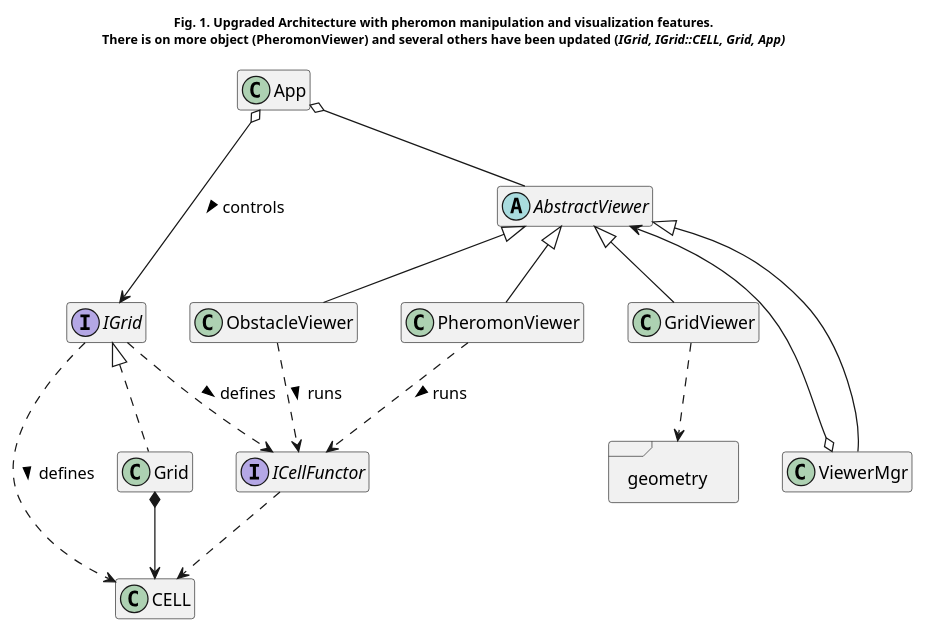
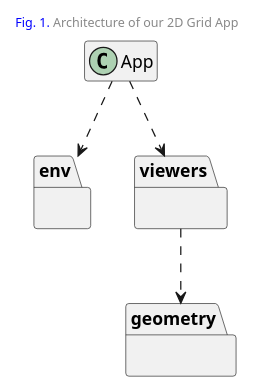
Before and after one commit to kanmeugne/kanmeugne.github.io: the first of 3 diagrams in _posts/modsim/2020-10-12-pheromons-evaporation.md, drawn with PlantUML. The commit also changed other lines of this file and 3 other files, not shown here.

```diff
--- a/_posts/modsim/2020-10-12-pheromons-evaporation.md
+++ b/_posts/modsim/2020-10-12-pheromons-evaporation.md
@@ -27,32 +29,27 @@
 {% plantuml %}
 @startuml
-title
-<size:10>Fig. 1. Upgraded Architecture with pheromon manipulation and visualization features.</size>
-<size:10>There is on more object (PheromonViewer) and several others have been updated (<i>IGrid, IGrid::CELL, Grid, App)</i></size>
-end title
-package geometry <<Frame>>
+header: <size:10> <font color=blue>Fig. 1.</font> Architecture of our 2D Grid App </size>
+
+class App {}
+
+package env 
+{
+    
+}
+
+package viewers
 {
 }
-interface ICellFunctor 
-abstract class AbstractViewer 
-class App 
-class CELL  
-class ViewerMgr
-class ObstacleViewer extends AbstractViewer
-class PheromonViewer extends AbstractViewer
-class GridViewer extends AbstractViewer
-interface IGrid 
-class Grid implements IGrid 
-IGrid ..> CELL : defines >
-Grid *--> CELL 
-App o-> IGrid : controls >
-App o-- AbstractViewer
-AbstractViewer <---o ViewerMgr
-ViewerMgr --|> AbstractViewer
-IGrid ..> ICellFunctor : defines >
-ICellFunctor ..> CELL
-PheromonViewer ..> ICellFunctor : runs >
-ObstacleViewer ..> ICellFunctor : runs >
-GridViewer ..> geometry
+
+package geometry
+{
+}
+
+App ..> viewers
+App ..> env
+viewers ..> geometry
+
 hide members
+@enduml
+
 {% endplantuml %}
```
